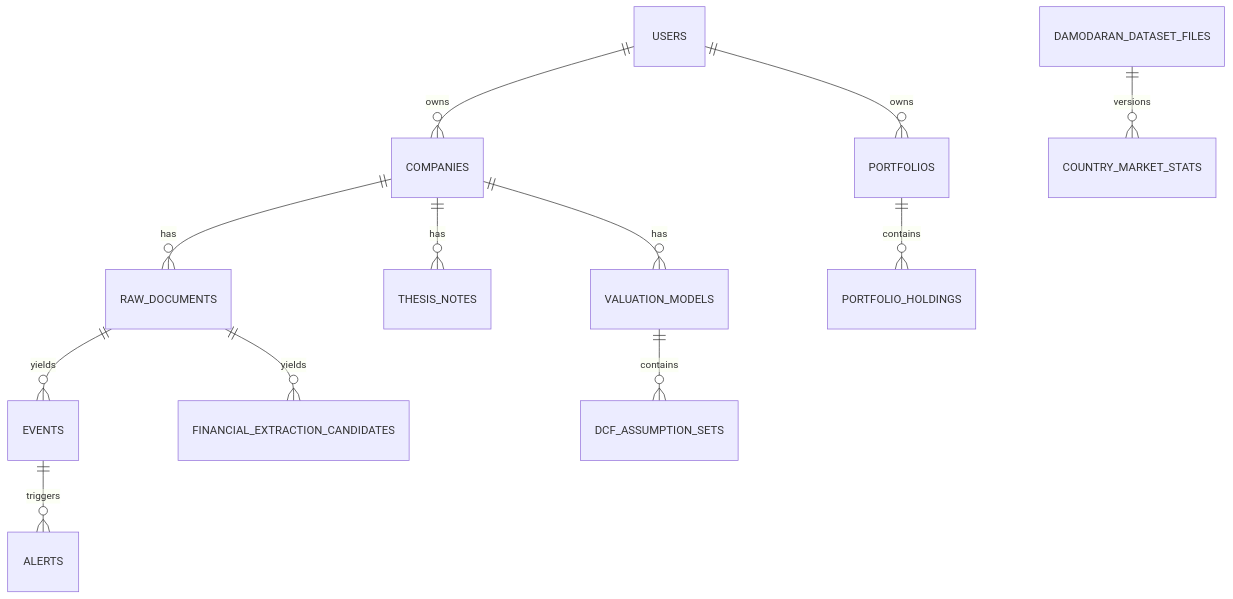
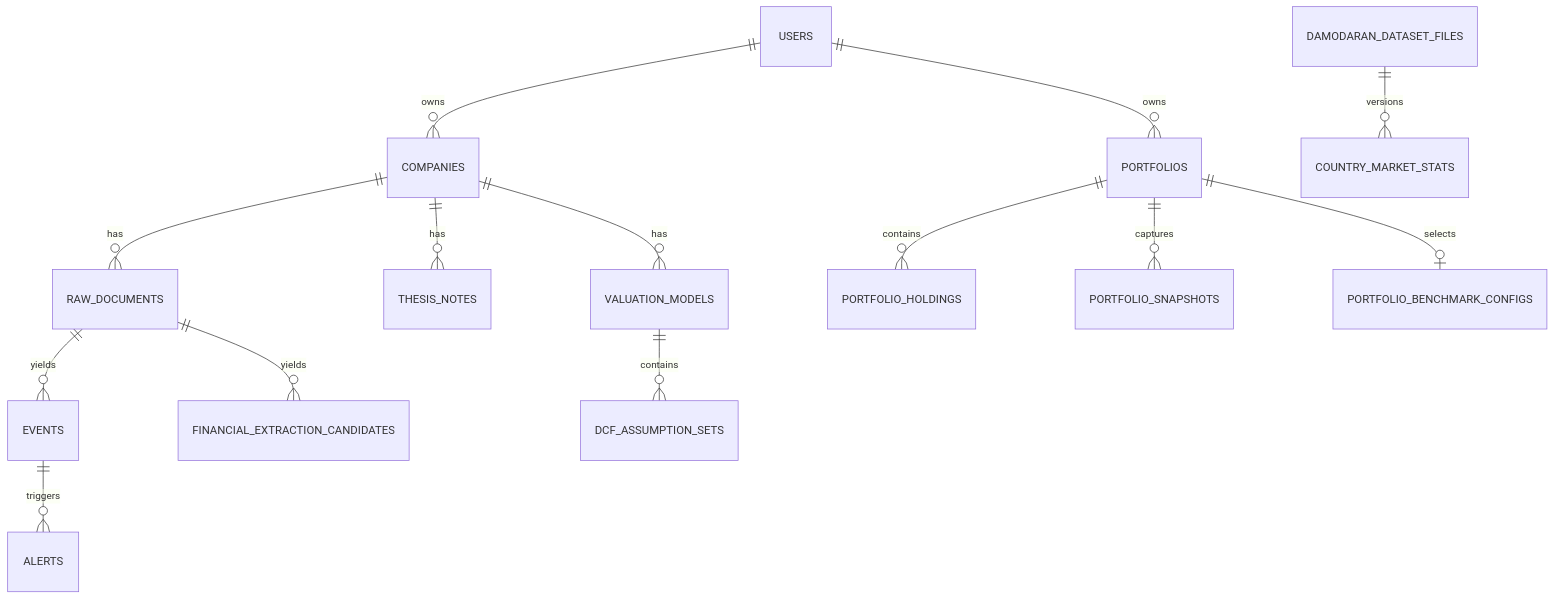
One commit to Gittastic112/Marketagent changed the diagram in docs/03-database-schema.md. Above: the diagram before and after it, drawn with Mermaid. The commit also changed other lines of this file and 7 other files, not shown here.

````diff
--- a/docs/03-database-schema.md
+++ b/docs/03-database-schema.md
@@ -44,14 +44,16 @@
 ```mermaid
 erDiagram
     USERS ||--o{ COMPANIES : owns
     USERS ||--o{ PORTFOLIOS : owns
     COMPANIES ||--o{ RAW_DOCUMENTS : has
     RAW_DOCUMENTS ||--o{ EVENTS : yields
     RAW_DOCUMENTS ||--o{ FINANCIAL_EXTRACTION_CANDIDATES : yields
     EVENTS ||--o{ ALERTS : triggers
     COMPANIES ||--o{ THESIS_NOTES : has
     COMPANIES ||--o{ VALUATION_MODELS : has
     VALUATION_MODELS ||--o{ DCF_ASSUMPTION_SETS : contains
     PORTFOLIOS ||--o{ PORTFOLIO_HOLDINGS : contains
+    PORTFOLIOS ||--o{ PORTFOLIO_SNAPSHOTS : captures
+    PORTFOLIOS ||--o| PORTFOLIO_BENCHMARK_CONFIGS : selects
     DAMODARAN_DATASET_FILES ||--o{ COUNTRY_MARKET_STATS : versions
 ```
````
